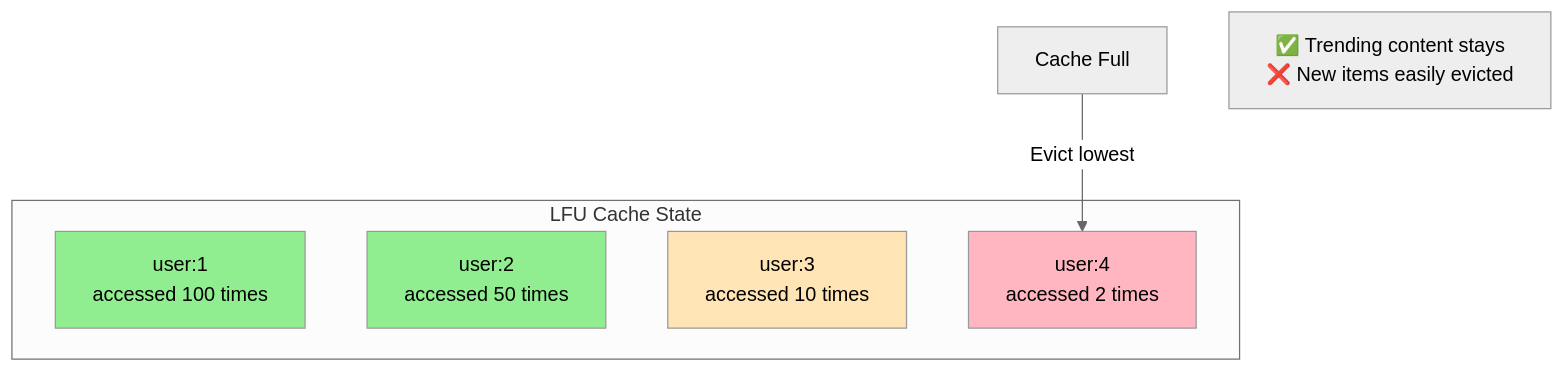
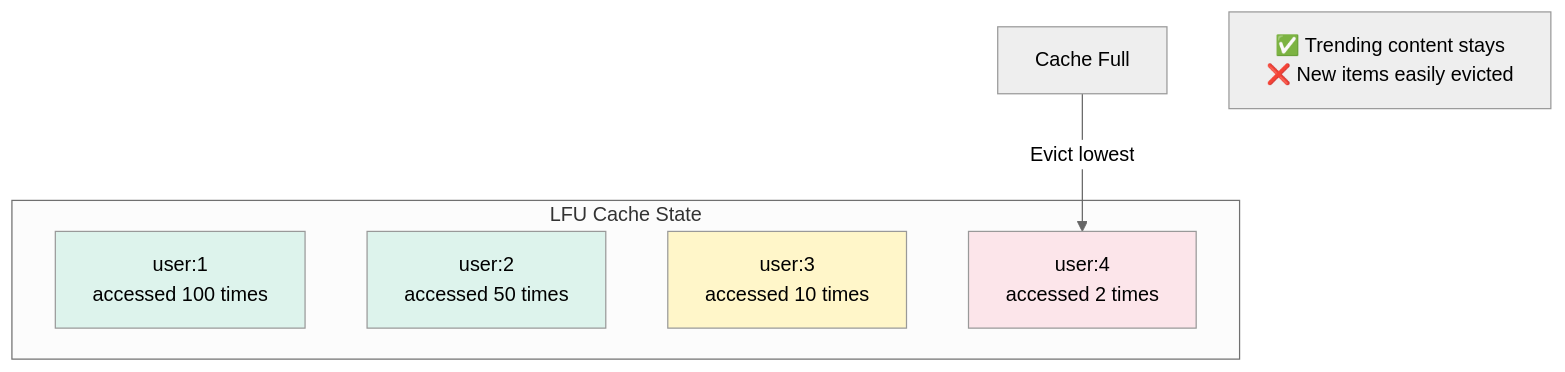
Diagram 24 of 47 in LLD/CoreConcepts/Caching.md (cartmancodes/InterviewVault), drawn with Mermaid (neutral theme) before and after one commit. The commit also changed other lines of this file and 679 other files, not shown here.

Commit message:
Unify content diagrams and add accessible visual walkthroughs

````diff
--- a/LLD/CoreConcepts/Caching.md
+++ b/LLD/CoreConcepts/Caching.md
@@ -748,19 +748,19 @@
 ```mermaid
 graph TB
     subgraph "LFU Cache State"
         K1[user:1<br/>accessed 100 times]
         K2[user:2<br/>accessed 50 times]
         K3[user:3<br/>accessed 10 times]
         K4[user:4<br/>accessed 2 times]
     end
     
     FULL[Cache Full]
     FULL -->|Evict lowest| K4
     
     NOTE[✅ Trending content stays<br/>❌ New items easily evicted]
     
-    style K1 fill:#90EE90
-    style K2 fill:#90EE90
-    style K3 fill:#FFE4B5
-    style K4 fill:#FFB6C1
+    style K1 fill:#DDF3EC
+    style K2 fill:#DDF3EC
+    style K3 fill:#FFF6C9
+    style K4 fill:#FCE5EA
 ```
````
